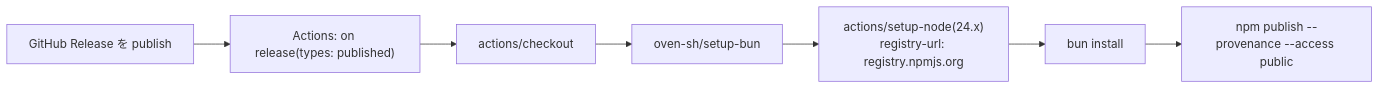
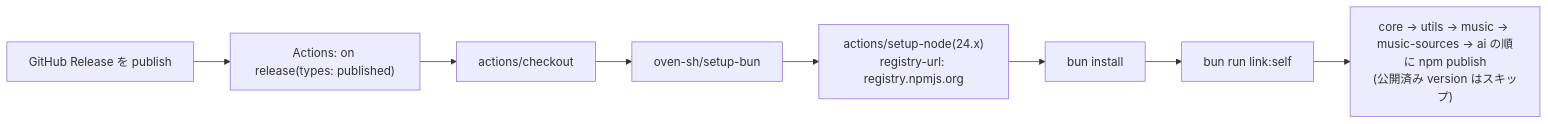
One commit to CHACCHAN/cc-discord-framework changed the diagram in docs/release/process.md. Above: the diagram before and after it, drawn with Mermaid. The commit also changed other lines of this file and 106 other files, not shown here.

First line of the commit message:
パッケージ名を @cc-discord-framework/core へ変更し npm org 体制へ移行

````diff
--- a/docs/release/process.md
+++ b/docs/release/process.md
@@ -11,12 +12,13 @@
 ```mermaid
 flowchart LR
     release["GitHub Release を publish"]
     trigger["Actions: on release(types: published)"]
     checkout["actions/checkout"]
     bun["oven-sh/setup-bun"]
     node["actions/setup-node(24.x)<br>registry-url: registry.npmjs.org"]
     install["bun install"]
-    publish["npm publish --provenance --access public"]
+    link["bun run link:self"]
+    publish["core → utils → music → music-sources → ai の順に npm publish<br>(公開済み version はスキップ)"]
 
-    release --> trigger --> checkout --> bun --> node --> install --> publish
+    release --> trigger --> checkout --> bun --> node --> install --> link --> publish
 ```
````
